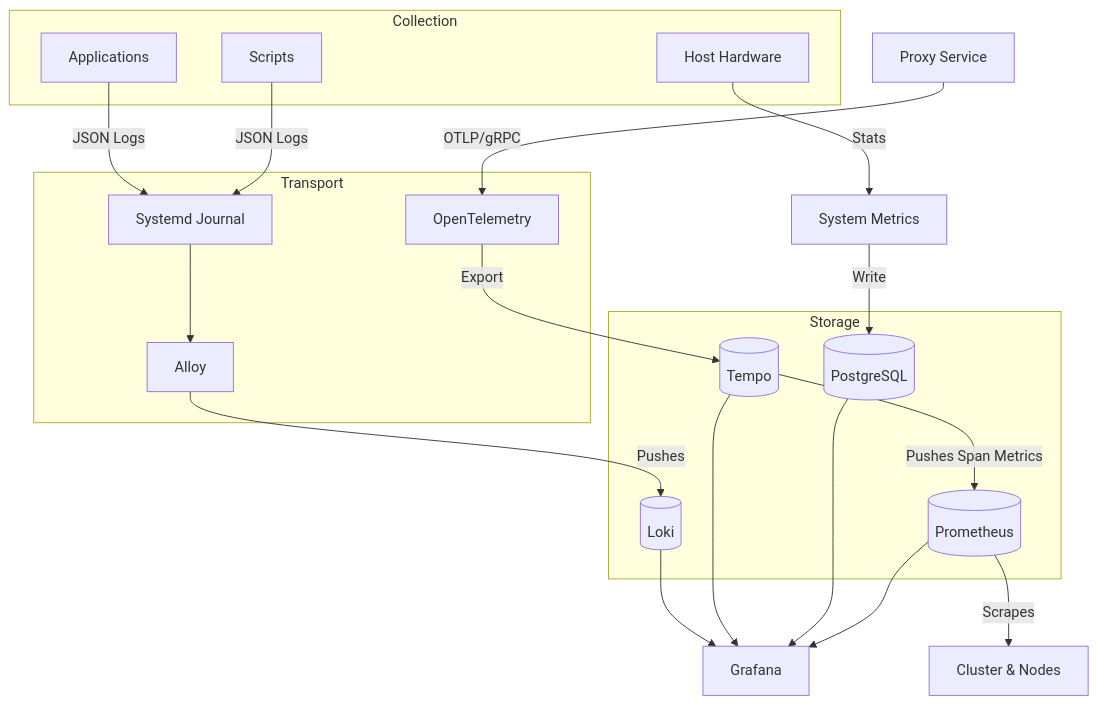
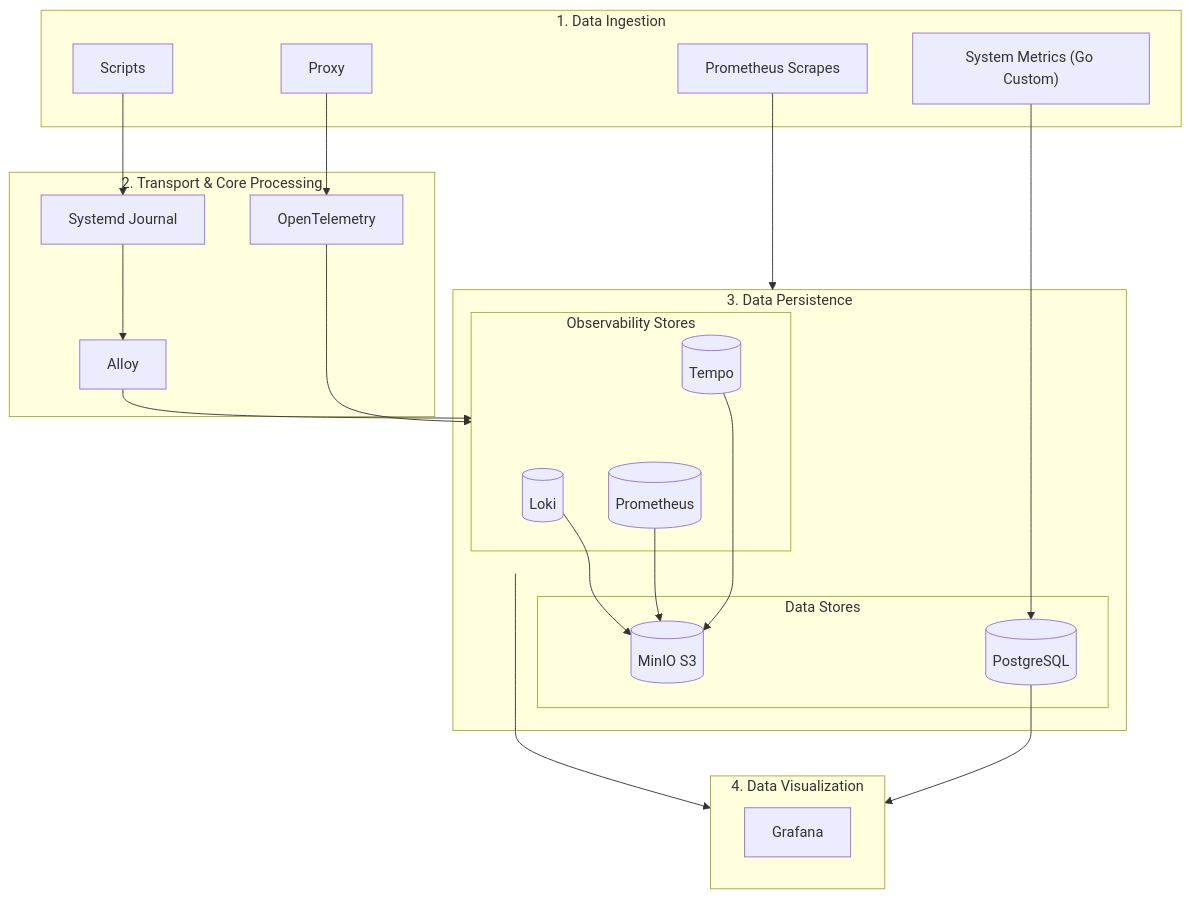
One commit to victoriacheng15/observability-hub changed the diagram in docs/architecture/core-concepts/observability.md. Above: the diagram before and after it, drawn with Mermaid. The commit also changed other lines of this file and 2 other files, not shown here.

Commit message:
docs: restructure observability architecture into functional pillars (#193)

````diff
--- a/docs/architecture/core-concepts/observability.md
+++ b/docs/architecture/core-concepts/observability.md
@@ -7,40 +7,49 @@
 ```mermaid
 graph TD
-    subgraph Collection
-        App[Applications]
-        Script[Scripts]
-        Hardware[Host Hardware]
+    subgraph Ingestion ["1. Data Ingestion"]
+        ScriptLogs[Scripts]
+        Proxy[Proxy]
+        PromScrapes[Prometheus Scrapes]
+        SystemMetrics["System Metrics (Go Custom)"]
     end
 
-    subgraph Transport
+    subgraph Processing ["2. Transport & Core Processing"]
         Journal[Systemd Journal]
         Alloy[Alloy]
-        OTEL[OpenTelemetry]
+        OpenTelemetry[OpenTelemetry]
     end
 
-    subgraph Storage
-        Loki[(Loki)]
-        Tempo[(Tempo)]
-        PG[(PostgreSQL)]
-        Prom[(Prometheus)]
+    subgraph Persistence ["3. Data Persistence"]
+        subgraph ObservabilityStores ["Observability Stores"]
+            Loki[(Loki)]
+            Tempo[(Tempo)]
+            Prometheus[(Prometheus)]
+        end
+
+        subgraph DataStores ["Data Stores"]
+            PostgreSQL[(PostgreSQL)]
+            MinIO[(MinIO S3)]
+        end
     end
 
-    %% Logging Flow
-    App -->|JSON Logs| Journal
-    Script -->|JSON Logs| Journal
+    subgraph Visualization ["4. Data Visualization"]
+        Grafana[Grafana]
+    end
+    
+    %% Data Flow
+    ScriptLogs --> Journal
+    Proxy --> OpenTelemetry
+    SystemMetrics --> PostgreSQL
+    PromScrapes --> ObservabilityStores
+
     Journal --> Alloy
-    Alloy -->|Pushes| Loki
+    Alloy --> ObservabilityStores
+    OpenTelemetry --> ObservabilityStores
+    Tempo --> ObservabilityStores
 
-    %% Tracing Flow (Selective)
-    Proxy[Proxy Service] -->|OTLP/gRPC| OTEL
-    OTEL -->|Export| Tempo
-
-    %% Metrics Flow
-    Hardware -->|Stats| Metrics[System Metrics]
-    Metrics -->|Write| PG
-    Prom[(Prometheus)] -->|Scrapes| Infrastructure[Cluster & Nodes]
-    Tempo -->|Pushes Span Metrics| Prom
-
-    %% Visualization
-    Loki & Tempo & PG & Prom --> Grafana[Grafana]
+    Loki --> MinIO
+    Tempo --> MinIO
+    Prometheus --> MinIO
+    PostgreSQL -->Visualization
+    ObservabilityStores --> Visualization
 ```
````
